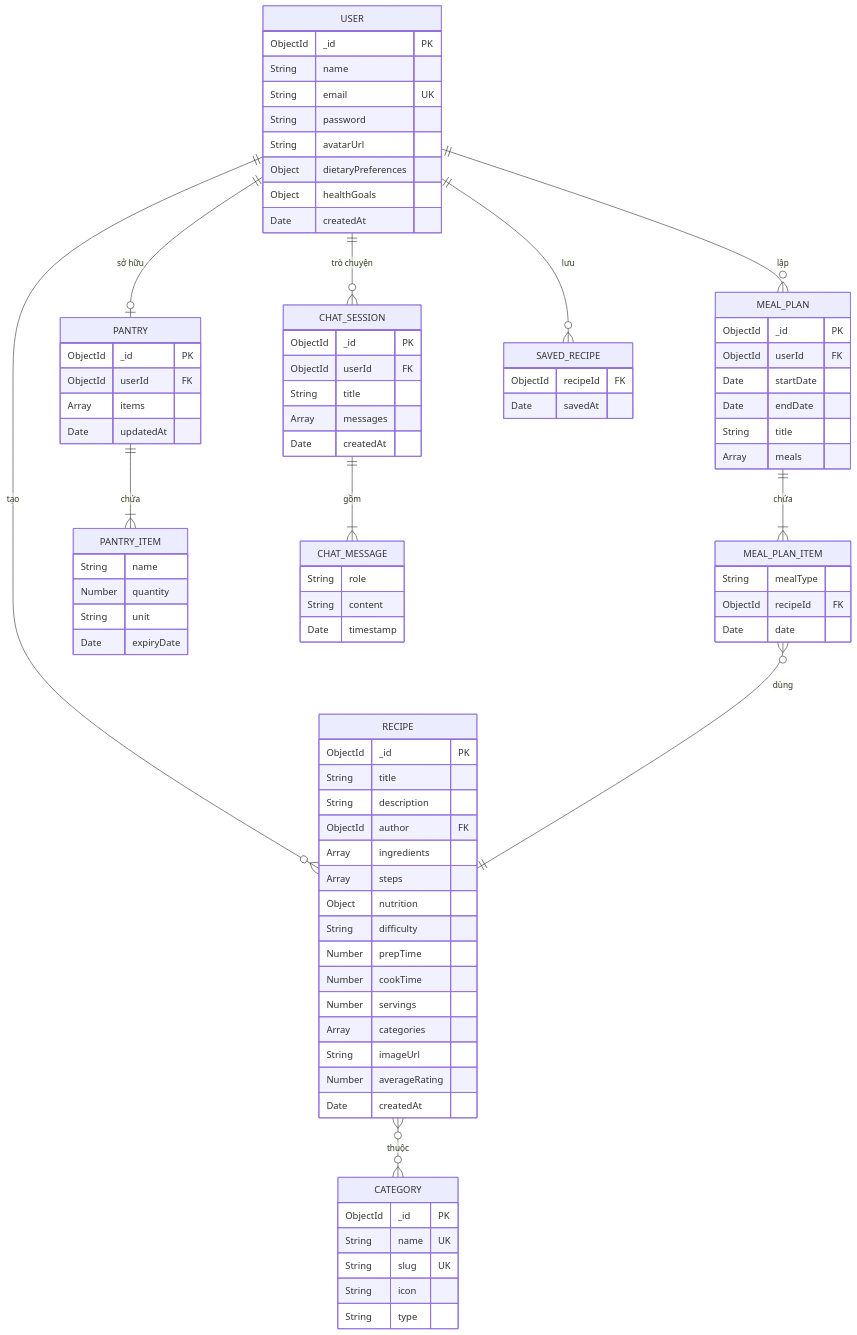
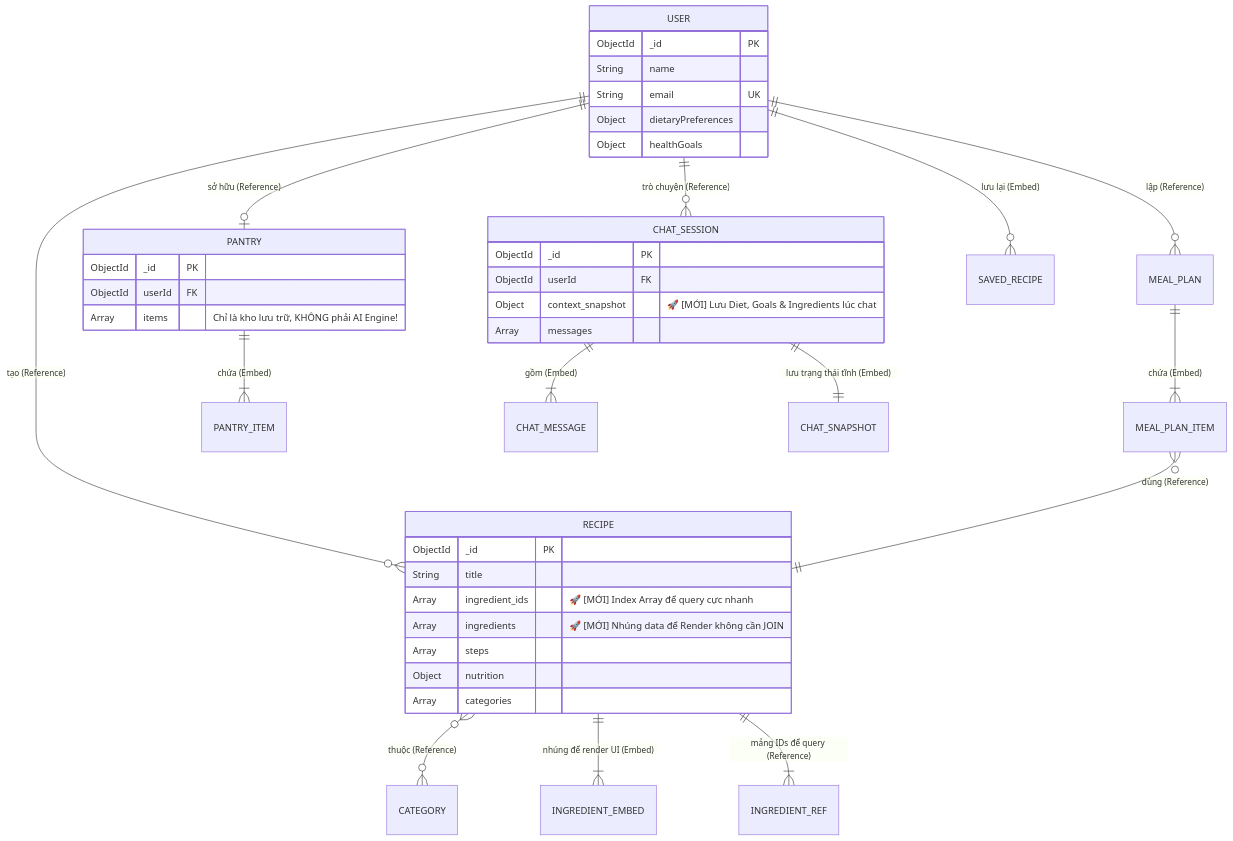
The first of 2 diagrams in backend/database_design_guide.md (ngocbuivipro/Eatsy-AI-Powered-Culinary-Assistant-Meal-Planner), drawn with Mermaid before and after one commit. The commit also changed other lines of this file and 3 other files, not shown here.

Commit message:
docs(db): refactor database design to production-level query-driven schema

````diff
--- a/backend/database_design_guide.md
+++ b/backend/database_design_guide.md
@@ -91,98 +105,52 @@
 ```mermaid
 erDiagram
-    USER ||--o{ RECIPE : "tạo"
-    USER ||--o| PANTRY : "sở hữu"
-    USER ||--o{ MEAL_PLAN : "lập"
-    USER ||--o{ CHAT_SESSION : "trò chuyện"
-    USER ||--o{ SAVED_RECIPE : "lưu"
-    RECIPE }o--o{ CATEGORY : "thuộc"
-    MEAL_PLAN ||--|{ MEAL_PLAN_ITEM : "chứa"
-    MEAL_PLAN_ITEM }o--|| RECIPE : "dùng"
-    PANTRY ||--|{ PANTRY_ITEM : "chứa"
-    CHAT_SESSION ||--|{ CHAT_MESSAGE : "gồm"
+    %% Core Entities
+    USER ||--o{ RECIPE : "tạo (Reference)"
+    USER ||--o| PANTRY : "sở hữu (Reference)"
+    USER ||--o{ MEAL_PLAN : "lập (Reference)"
+    USER ||--o{ CHAT_SESSION : "trò chuyện (Reference)"
+    USER ||--o{ SAVED_RECIPE : "lưu lại (Embed)"
+    RECIPE }o--o{ CATEGORY : "thuộc (Reference)"
+    
+    %% Denormalization focus
+    RECIPE ||--|{ INGREDIENT_EMBED : "nhúng để render UI (Embed)"
+    RECIPE ||--|{ INGREDIENT_REF : "mảng IDs để query (Reference)"
+    
+    MEAL_PLAN ||--|{ MEAL_PLAN_ITEM : "chứa (Embed)"
+    MEAL_PLAN_ITEM }o--|| RECIPE : "dùng (Reference)"
+    
+    PANTRY ||--|{ PANTRY_ITEM : "chứa (Embed)"
+    CHAT_SESSION ||--|{ CHAT_MESSAGE : "gồm (Embed)"
+    CHAT_SESSION ||--|| CHAT_SNAPSHOT : "lưu trạng thái tĩnh (Embed)"
 
     USER {
         ObjectId _id PK
         String name
         String email UK
-        String password
-        String avatarUrl
         Object dietaryPreferences
         Object healthGoals
-        Date createdAt
     }
 
     RECIPE {
         ObjectId _id PK
         String title
-        String description
-        ObjectId author FK
-        Array ingredients
+        Array ingredient_ids "🚀 [MỚI] Index Array để query cực nhanh"
+        Array ingredients "🚀 [MỚI] Nhúng data để Render không cần JOIN"
         Array steps
         Object nutrition
-        String difficulty
-        Number prepTime
-        Number cookTime
-        Number servings
         Array categories
-        String imageUrl
-        Number averageRating
-        Date createdAt
     }
 
     PANTRY {
         ObjectId _id PK
         ObjectId userId FK
-        Array items
-        Date updatedAt
-    }
-
-    PANTRY_ITEM {
-        String name
-        Number quantity
-        String unit
-        Date expiryDate
-    }
-
-    CATEGORY {
-        ObjectId _id PK
-        String name UK
-        String slug UK
-        String icon
-        String type
-    }
-
-    MEAL_PLAN {
-        ObjectId _id PK
-        ObjectId userId FK
-        Date startDate
-        Date endDate
-        String title
-        Array meals
-    }
-
-    MEAL_PLAN_ITEM {
-        String mealType
-        ObjectId recipeId FK
-        Date date
+        Array items "Chỉ là kho lưu trữ, KHÔNG phải AI Engine!"
     }
 
     CHAT_SESSION {
         ObjectId _id PK
         ObjectId userId FK
-        String title
+        Object context_snapshot "🚀 [MỚI] Lưu Diet, Goals & Ingredients lúc chat"
         Array messages
-        Date createdAt
-    }
-
-    CHAT_MESSAGE {
-        String role
-        String content
-        Date timestamp
-    }
-
-    SAVED_RECIPE {
-        ObjectId recipeId FK
-        Date savedAt
     }
 ```
````
